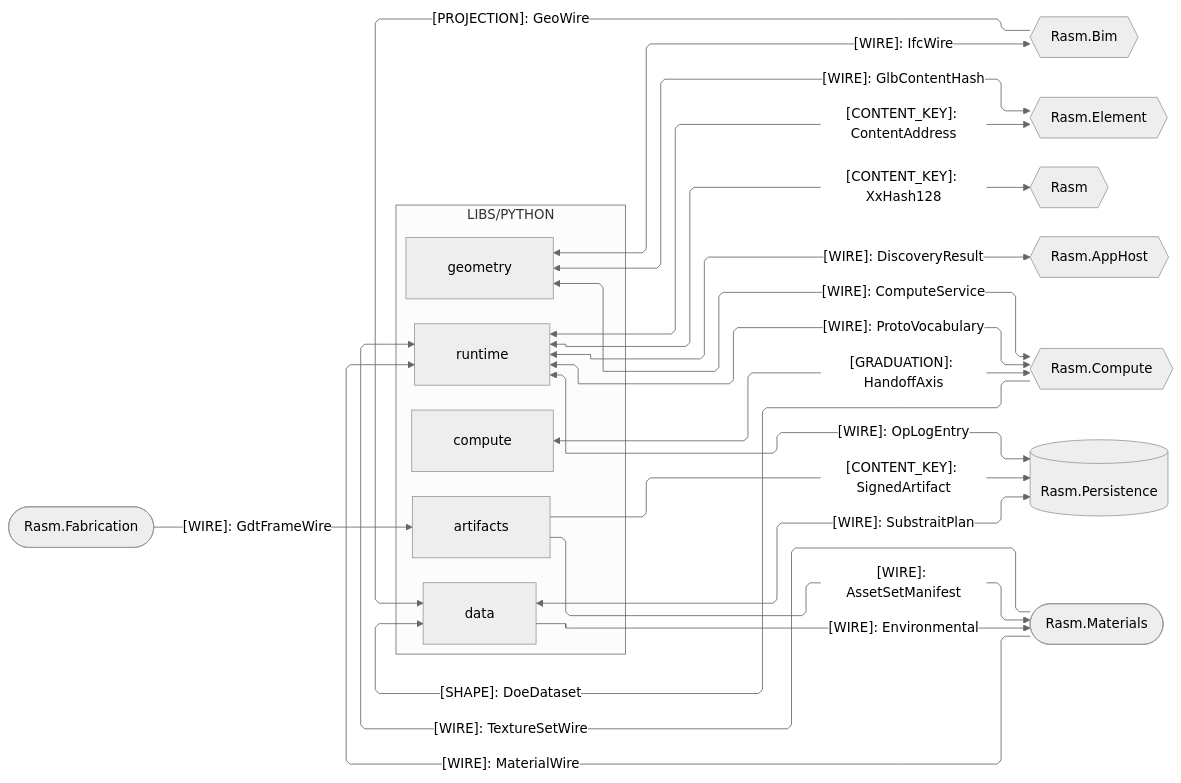
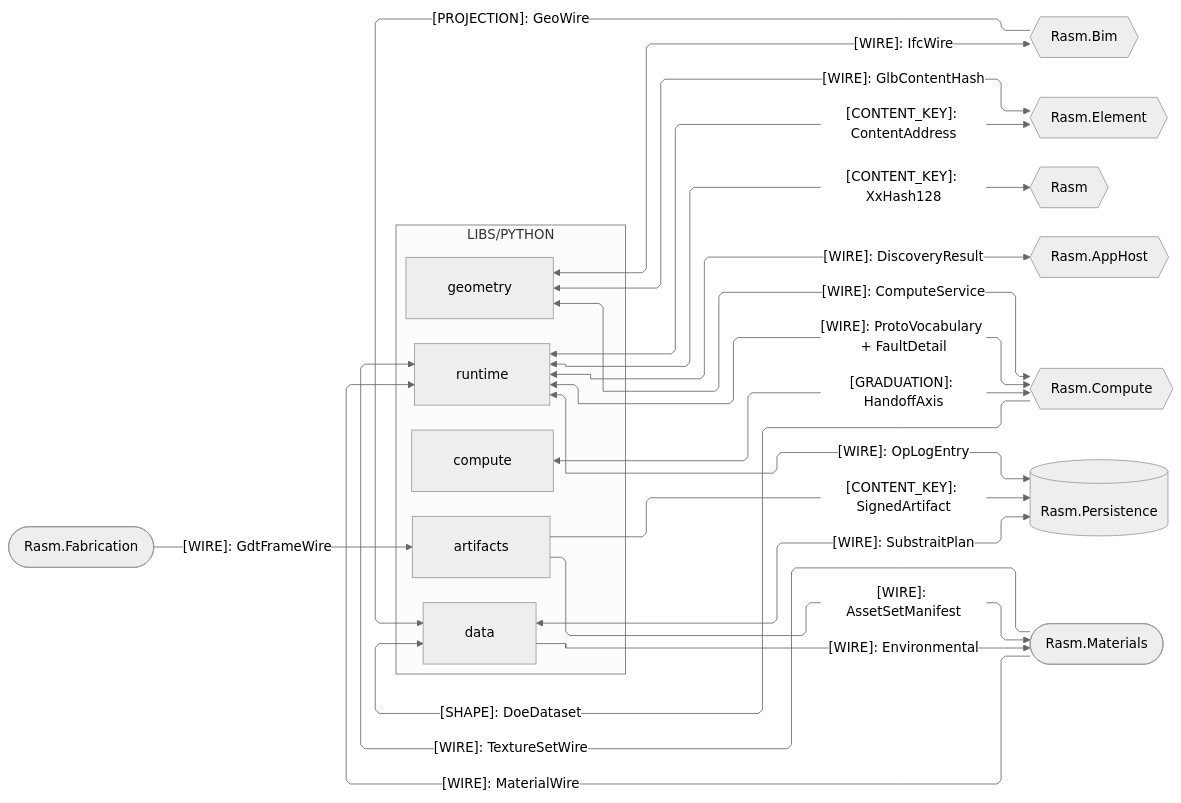
One commit to bsamiee/Rasm changed the second of 4 diagrams in libs/python/.planning/ARCHITECTURE.md. Above: the diagram before and after it, drawn with Mermaid (neutral theme). The commit also changed 272 other files, not shown here.

````diff
--- a/libs/python/.planning/ARCHITECTURE.md
+++ b/libs/python/.planning/ARCHITECTURE.md
@@ -78,45 +78,45 @@
 ```mermaid
 ---
 config:
   layout: elk
   flowchart:
     curve: linear
     padding: 25
 ---
 flowchart LR
     accTitle: Python branch C# seam registry
     accDescr: Python packages exchanging kinded contract shapes with their C# counterparts; every edge carries kind plus shape.
     subgraph python[LIBS/PYTHON]
         Geometry[geometry]
         Runtime[runtime]
         Compute[compute]
         Data[data]
         Artifacts[artifacts]
     end
     Bim{{Rasm.Bim}}
     Element{{Rasm.Element}}
     Rasm{{Rasm}}
     AppHost{{Rasm.AppHost}}
     RasmCompute{{Rasm.Compute}}
     Persistence[(Rasm.Persistence)]
     Materials([Rasm.Materials])
     Fabrication([Rasm.Fabrication])
     Geometry e1@<-->|"[WIRE]: IfcWire"| Bim
     Geometry e2@<-->|"[WIRE]: GlbContentHash"| Element
     Geometry e3@<-->|"[WIRE]: ComputeService"| RasmCompute
     Runtime e4@<-->|"[CONTENT_KEY]: ContentAddress"| Element
     Runtime e5@<-->|"[CONTENT_KEY]: XxHash128"| Rasm
     Runtime e6@<-->|"[WIRE]: DiscoveryResult"| AppHost
-    Runtime e7@<-->|"[WIRE]: ProtoVocabulary"| RasmCompute
+    Runtime e7@<-->|"[WIRE]: ProtoVocabulary + FaultDetail"| RasmCompute
     Runtime e8@<-->|"[WIRE]: OpLogEntry"| Persistence
     Materials e9@-->|"[WIRE]: MaterialWire"| Runtime
     Materials e10@-->|"[WIRE]: TextureSetWire"| Runtime
     Compute e11@<-->|"[GRADUATION]: HandoffAxis"| RasmCompute
     RasmCompute e12@-->|"[SHAPE]: DoeDataset"| Data
     Data e13@<-->|"[WIRE]: SubstraitPlan"| Persistence
     Data e14@-->|"[WIRE]: Environmental"| Materials
     Bim e15@-->|"[PROJECTION]: GeoWire"| Data
     Artifacts e16@-->|"[WIRE]: AssetSetManifest"| Materials
     Artifacts e17@-->|"[CONTENT_KEY]: SignedArtifact"| Persistence
     Fabrication e18@-->|"[WIRE]: GdtFrameWire"| Artifacts
 ```
````
